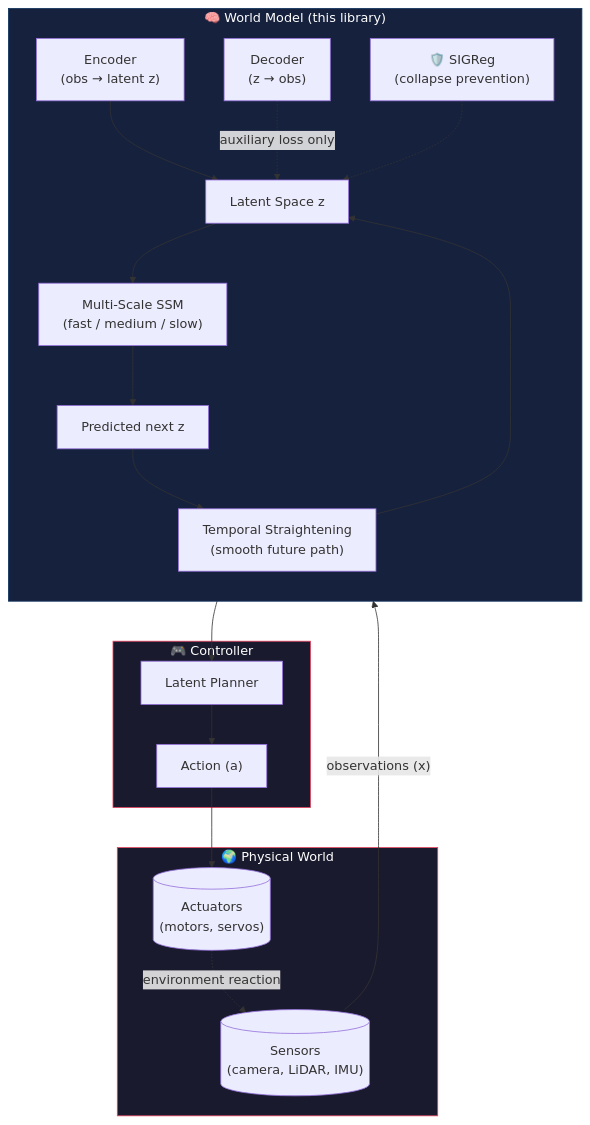
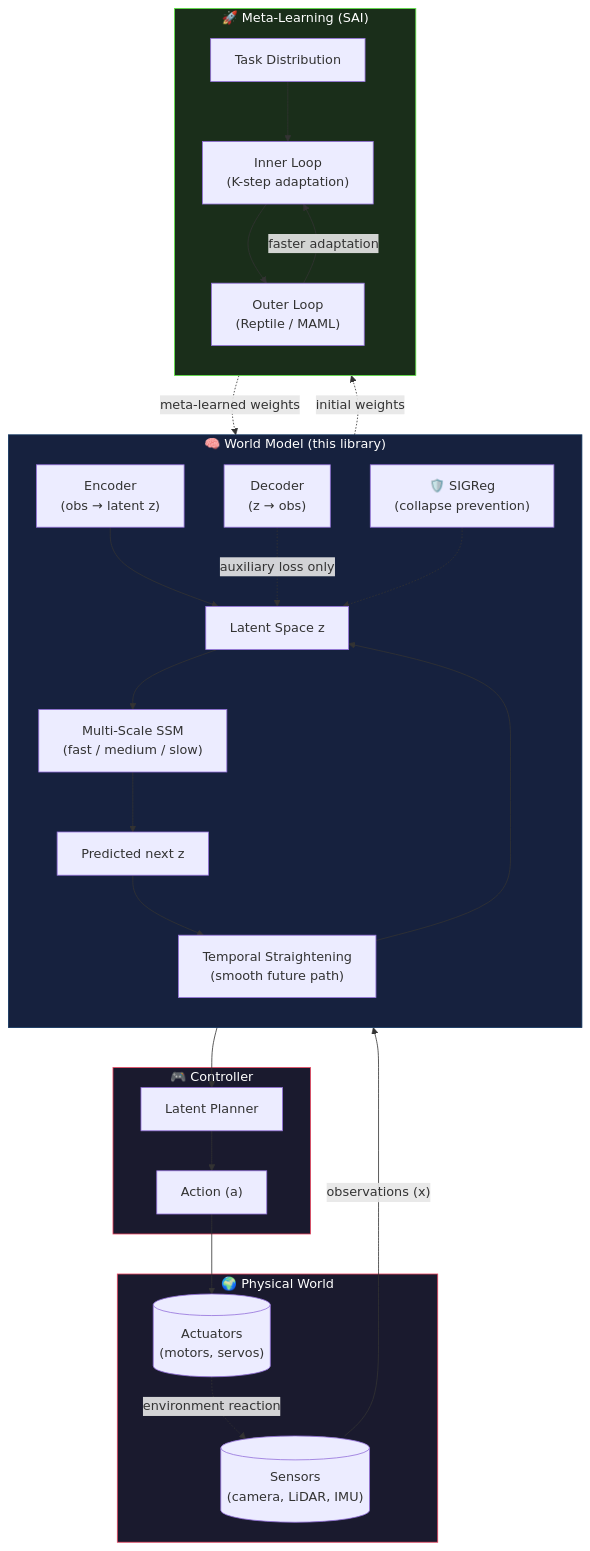
One commit to yosh95/ssm-latent-rs changed the diagram in README.md. Above: the diagram before and after it, drawn with Mermaid. The commit also changed other lines of this file and 15 other files, not shown here.

First line of the commit message:
feat(meta): add SAI meta-learning framework with Reptile and CircleWorld demo

````diff
--- a/README.md
+++ b/README.md
@@ -106,33 +135,43 @@
 ```mermaid
 flowchart TB
     subgraph PhysicalWorld["🌍 Physical World"]
         S[("Sensors<br/>(camera, LiDAR, IMU)")]
         A[("Actuators<br/>(motors, servos)")]
     end
 
     subgraph WorldModel["🧠 World Model (this library)"]
         direction TB
         E["Encoder<br/>(obs → latent z)"] --> LZ["Latent Space z"]
         LZ --> MS["Multi-Scale SSM<br/>(fast / medium / slow)"]
         MS --> PZ["Predicted next z"]
         PZ --> TS["Temporal Straightening<br/>(smooth future path)"]
         TS --> LZ
         
         D["Decoder<br/>(z → obs)"] -.->|auxiliary loss only| LZ
         
         SIG["🛡️ SIGReg<br/>(collapse prevention)"] -.-> LZ
     end
 
+    subgraph MetaLearning["🚀 Meta-Learning (SAI)"]
+        direction TB
+        TD["Task Distribution"] --> IL["Inner Loop<br/>(K-step adaptation)"]
+        IL --> OL["Outer Loop<br/>(Reptile / MAML)"]
+        OL -->|"faster adaptation"| IL
+    end
+
     subgraph Controller["🎮 Controller"]
         Planner["Latent Planner"] --> Action["Action (a)"]
     end
 
     S -->|"observations (x)"| E
     PZ --> Planner
     Action --> A
     A -.->|"environment reaction"| S
+    WorldModel -.->|"initial weights"| MetaLearning
+    MetaLearning -.->|"meta-learned weights"| WorldModel
 
     style PhysicalWorld fill:#1a1a2e,stroke:#e94560,color:#fff
     style WorldModel fill:#16213e,stroke:#0f3460,color:#fff
+    style MetaLearning fill:#1a2e1a,stroke:#60e945,color:#fff
     style Controller fill:#1a1a2e,stroke:#e94560,color:#fff
 ```
````
